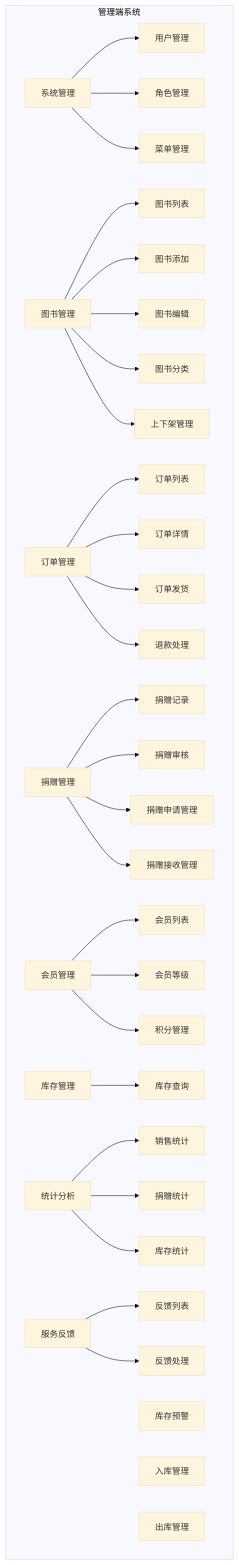
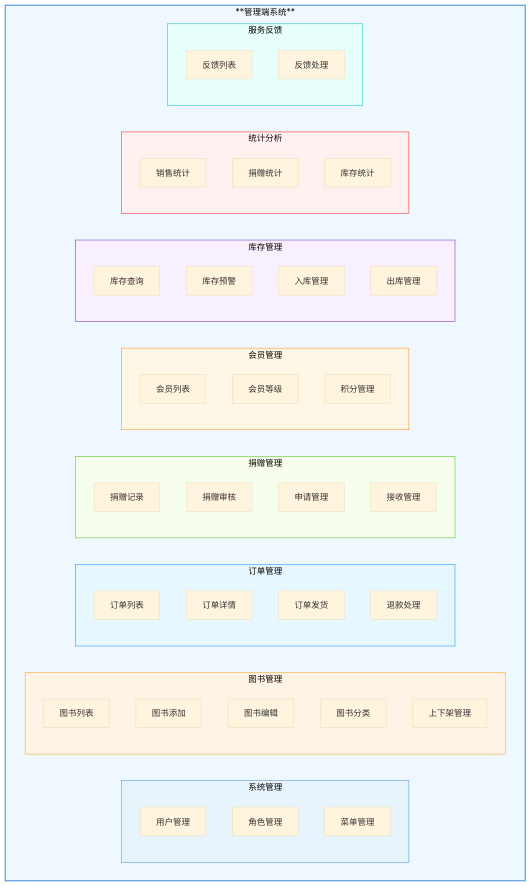
One commit to wm0022/fluffy-waffle changed the first of 8 diagrams in SYSTEM_FLOWCHARTS.md. Above: the diagram before and after it, drawn with Mermaid (base theme). The commit also changed other lines of this file, not shown here.

````diff
--- a/SYSTEM_FLOWCHARTS.md
+++ b/SYSTEM_FLOWCHARTS.md
@@ -5,40 +7,66 @@
 ```mermaid
 graph TD
-    subgraph 管理端系统
-        A[系统管理] --> A1[用户管理]
-        A --> A2[角色管理]
-        A --> A3[菜单管理]
+    style 管理端系统 fill:#f0f8ff,stroke:#4a90d9,stroke-width:2px
+    style 系统管理 fill:#e8f4fc,stroke:#4a90d9
+    style 图书管理 fill:#fff3e6,stroke:#f5a623
+    style 订单管理 fill:#e6f7ff,stroke:#1890ff
+    style 捐赠管理 fill:#f6ffed,stroke:#52c41a
+    style 会员管理 fill:#fff7e6,stroke:#fa8c16
+    style 库存管理 fill:#f9f0ff,stroke:#722ed1
+    style 统计分析 fill:#fff1f0,stroke:#f5222d
+    style 服务反馈 fill:#e6fffb,stroke:#13c2c2
+    
+    subgraph 管理端系统["**管理端系统**"]
+        subgraph 系统管理["系统管理"]
+            A1[用户管理]
+            A2[角色管理]
+            A3[菜单管理]
+        end
         
-        B[图书管理] --> B1[图书列表]
-        B --> B2[图书添加]
-        B --> B3[图书编辑]
-        B --> B4[图书分类]
-        B --> B5[上下架管理]
+        subgraph 图书管理["图书管理"]
+            B1[图书列表]
+            B2[图书添加]
+            B3[图书编辑]
+            B4[图书分类]
+            B5[上下架管理]
+        end
         
-        C[订单管理] --> C1[订单列表]
-        C --> C2[订单详情]
-        C --> C3[订单发货]
-        C --> C4[退款处理]
+        subgraph 订单管理["订单管理"]
+            C1[订单列表]
+            C2[订单详情]
+            C3[订单发货]
+            C4[退款处理]
+        end
         
-        D[捐赠管理] --> D1[捐赠记录]
-        D --> D2[捐赠审核]
-        D --> D3[捐赠申请管理]
-        D --> D4[捐赠接收管理]
+        subgraph 捐赠管理["捐赠管理"]
+            D1[捐赠记录]
+            D2[捐赠审核]
+            D3[申请管理]
+            D4[接收管理]
+        end
         
-        E[会员管理] --> E1[会员列表]
-        E --> E2[会员等级]
-        E --> E3[积分管理]
+        subgraph 会员管理["会员管理"]
+            E1[会员列表]
+            E2[会员等级]
+            E3[积分管理]
+        end
         
-        F[库存管理] --> F1[库存查询]
-        F2[库存预警]
-        F3[入库管理]
-        F4[出库管理]
+        subgraph 库存管理["库存管理"]
+            F1[库存查询]
+            F2[库存预警]
+            F3[入库管理]
+            F4[出库管理]
+        end
         
-        G[统计分析] --> G1[销售统计]
-        G --> G2[捐赠统计]
-        G --> G3[库存统计]
+        subgraph 统计分析["统计分析"]
+            G1[销售统计]
+            G2[捐赠统计]
+            G3[库存统计]
+        end
         
-        H[服务反馈] --> H1[反馈列表]
-        H --> H2[反馈处理]
+        subgraph 服务反馈["服务反馈"]
+            H1[反馈列表]
+            H2[反馈处理]
+        end
     end
 ```
````
